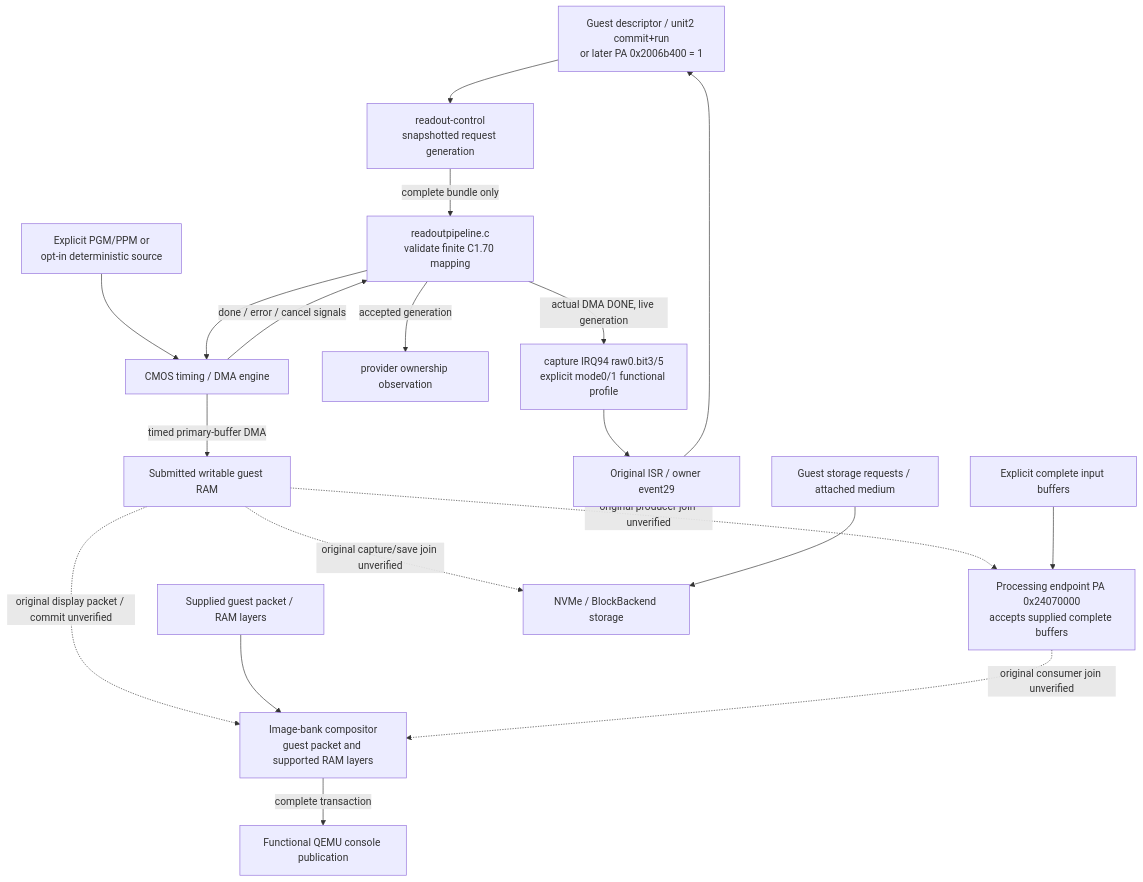
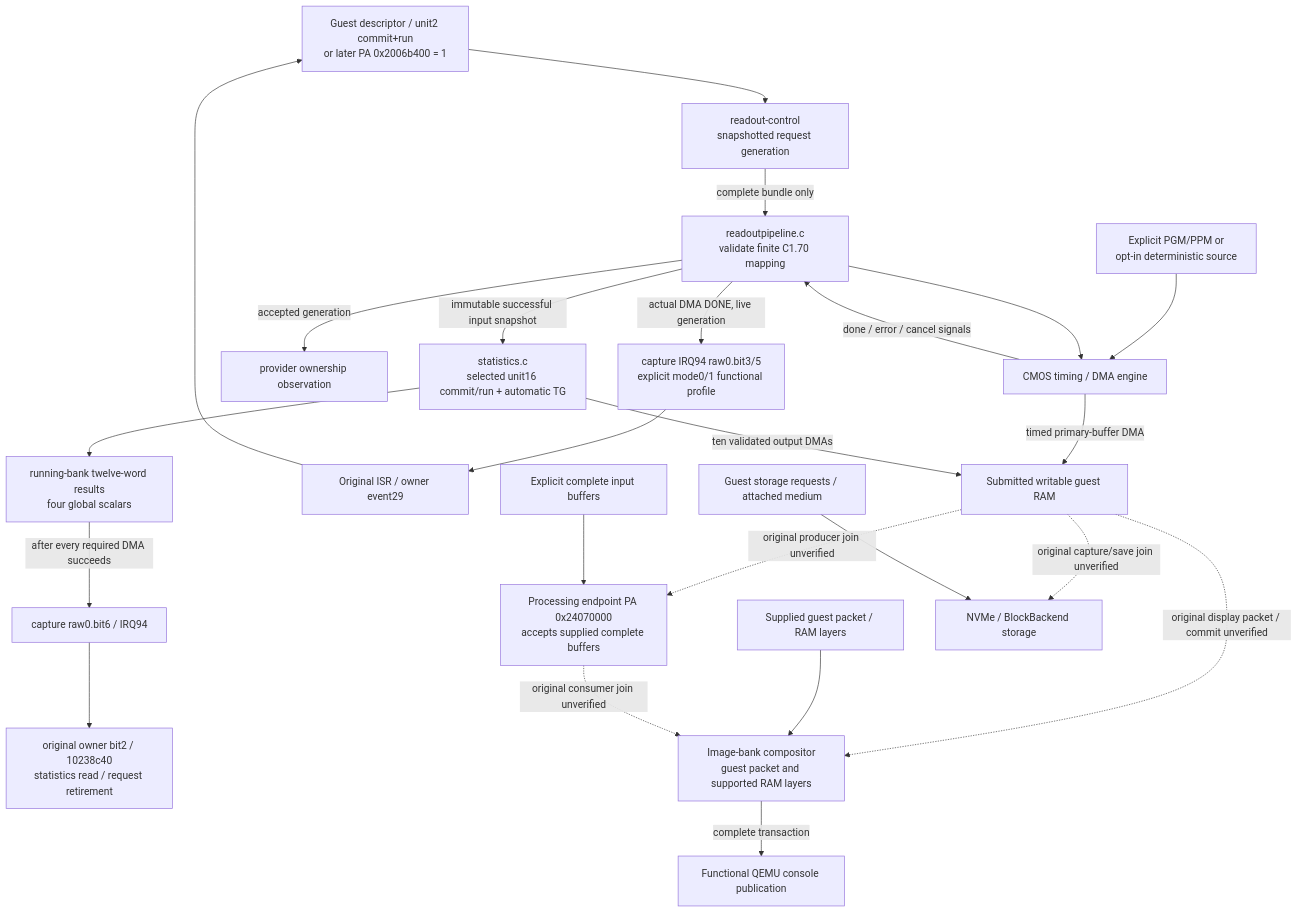
One commit to nightglasses/z7ii-qemu changed the fifth of 6 diagrams in docs/architecture.md. Above: the diagram before and after it, drawn with Mermaid. The commit also changed other lines of this file and 17 other files, not shown here.

First line of the commit message:
hw/nikon: complete finite capture statistics DMA and bit6 lifecycle

````diff
--- a/docs/architecture.md
+++ b/docs/architecture.md
@@ -149,22 +149,28 @@
 ```mermaid
 flowchart TD
   Guest["Guest descriptor / unit2 commit+run<br/>or later PA 0x2006b400 = 1"] --> Readout["readout-control<br/>snapshotted request generation"]
   Readout -->|"complete bundle only"| Pipeline["readoutpipeline.c<br/>validate finite C1.70 mapping"]
   Image["Explicit PGM/PPM or<br/>opt-in deterministic source"] --> CMOS["CMOS timing / DMA engine"]
   Pipeline --> CMOS
   CMOS -->|"timed primary-buffer DMA"| RAM["Submitted writable guest RAM"]
   Pipeline -->|"accepted generation"| Ready["provider ownership observation"]
   CMOS -->|"done / error / cancel signals"| Pipeline
   Pipeline -->|"actual DMA DONE, live generation"| Capture["capture IRQ94 raw0.bit3/5<br/>explicit mode0/1 functional profile"]
   Capture --> ISR["Original ISR / owner event29"]
   ISR --> Guest
 
+  Pipeline -->|"immutable successful input snapshot"| Statistics["statistics.c<br/>selected unit16 commit/run + automatic TG"]
+  Statistics -->|"ten validated output DMAs"| RAM
+  Statistics --> Results["running-bank twelve-word results<br/>four global scalars"]
+  Results -->|"after every required DMA succeeds"| DataIRQ["capture raw0.bit6 / IRQ94"]
+  DataIRQ --> Consumer["original owner bit2 / 10238c40<br/>statistics read / request retirement"]
+
   RAM -. "original producer join unverified" .-> Process["Processing endpoint PA 0x24070000<br/>accepts supplied complete buffers"]
   Supplied["Explicit complete input buffers"] --> Process
   RAM -. "original display packet / commit unverified" .-> Compose["Image-bank compositor<br/>guest packet and supported RAM layers"]
   DisplaySources["Supplied guest packet / RAM layers"] --> Compose
   Process -. "original consumer join unverified" .-> Compose
   Compose -->|"complete transaction"| Console["Functional QEMU console publication"]
   RAM -. "original capture/save join unverified" .-> Save["NVMe / BlockBackend storage"]
   StorageRequests["Guest storage requests / attached medium"] --> Save
 ```
````
